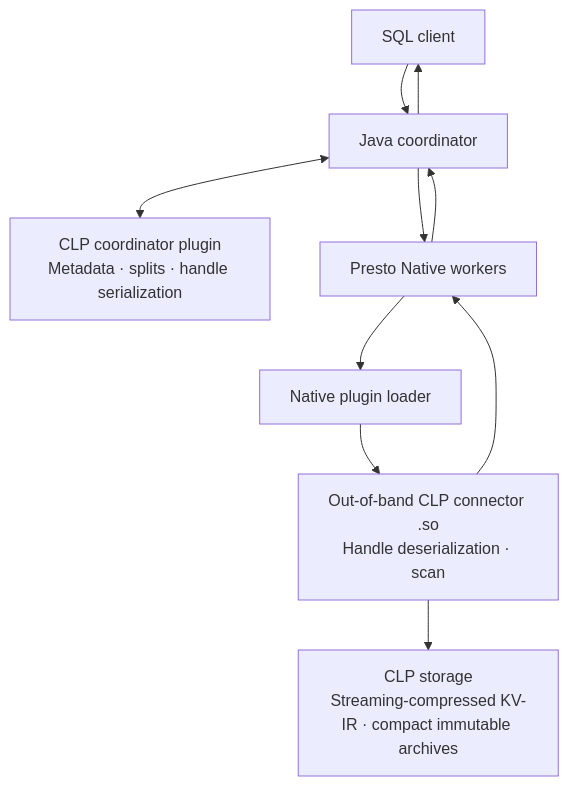
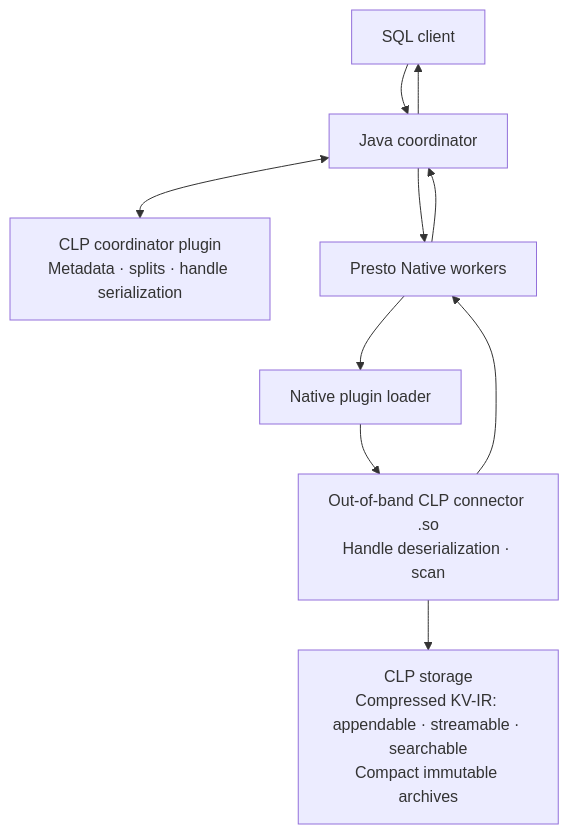
Before and after one commit to y-scope/presto-blogs-collab: the diagram in presto-blog/presto-clp-draft.md, drawn with Mermaid. The commit also changed other lines of this file and 2 other files, not shown here.

Commit message:
Clarify CLP storage and metadata behavior

```diff
--- a/presto-blog/presto-clp-draft.md
+++ b/presto-blog/presto-clp-draft.md
@@ -90,20 +90,20 @@
 ~~~mermaid
 flowchart TB
     client["SQL client"]
     coordinator["Java coordinator"]
     javaPlugin["CLP coordinator plugin<br/>Metadata · splits · handle serialization"]
     workers["Presto Native workers"]
     loader["Native plugin loader"]
     plugin["Out-of-band CLP connector .so<br/>Handle deserialization · scan"]
-    storage["CLP storage<br/>Streaming-compressed KV-IR · compact immutable archives"]
+    storage["CLP storage<br/>Compressed KV-IR: appendable · streamable · searchable<br/>Compact immutable archives"]
 
     client --> coordinator
     coordinator <--> javaPlugin
     coordinator --> workers
     workers --> loader
     loader --> plugin
     plugin --> storage
     plugin --> workers
     workers --> coordinator
     coordinator --> client
 ~~~
```
